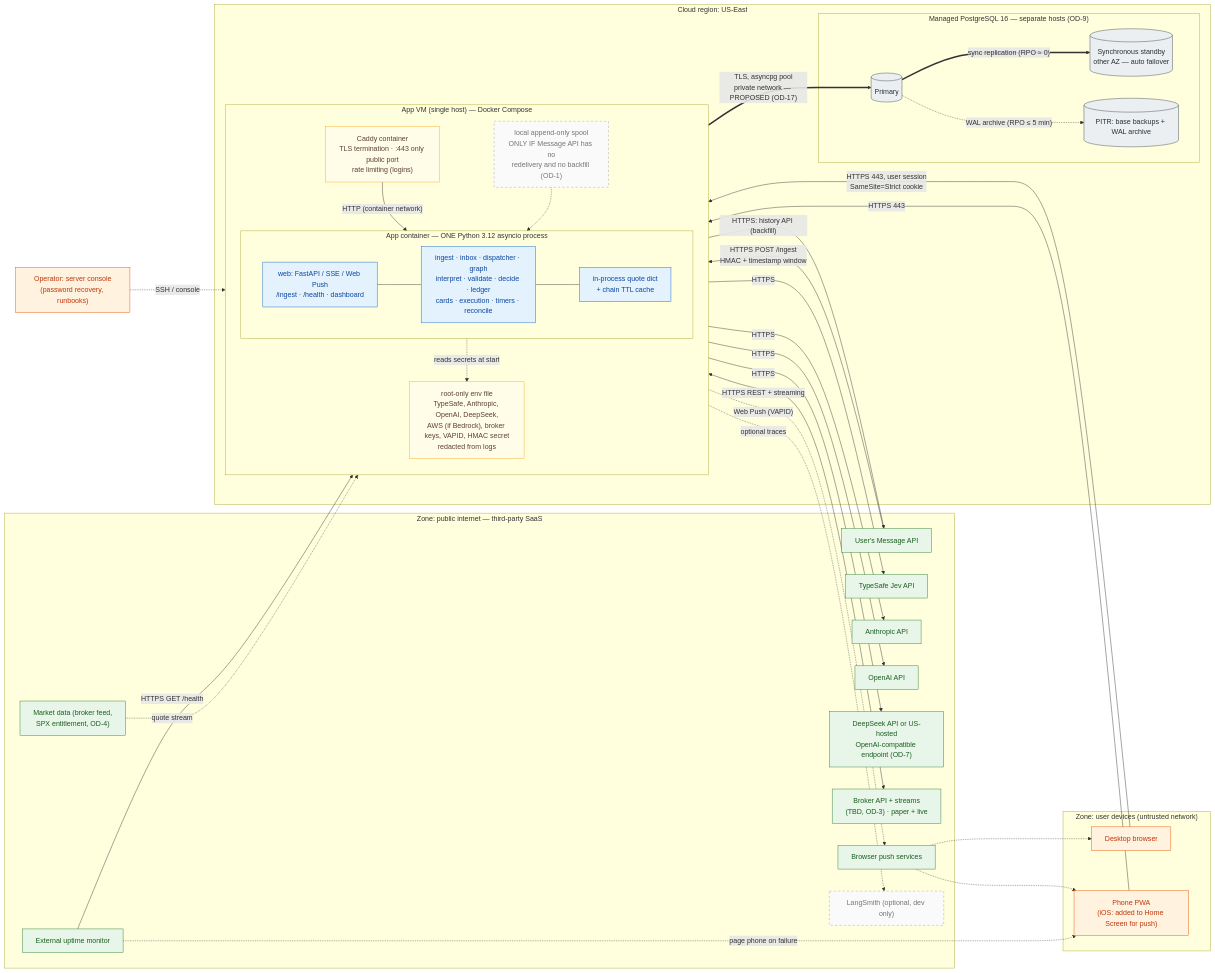
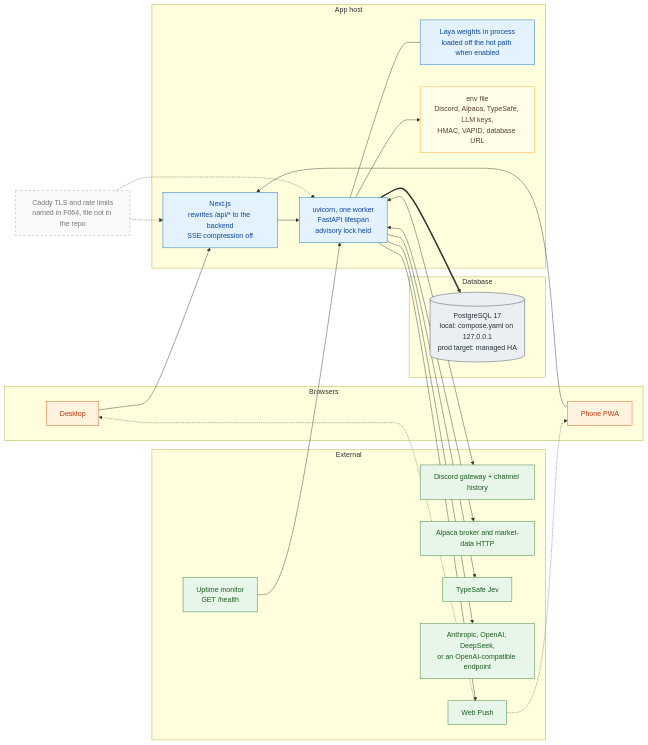
Before and after one commit to idolrun/trading-agent: the diagram in docs/diagrams/08-deployment.md, drawn with Mermaid. The commit also changed other lines of this file and 131 other files, not shown here.

First line of the commit message:
docs: update architecture and data flow diagrams for clarity and consistency

````diff
--- a/docs/diagrams/08-deployment.md
+++ b/docs/diagrams/08-deployment.md
@@ -9,75 +9,53 @@
 ```mermaid
 flowchart LR
     classDef ext fill:#e8f5e9,stroke:#2e7d32,color:#1b5e20
     classDef code fill:#e3f2fd,stroke:#1565c0,color:#0d47a1
     classDef store fill:#eceff1,stroke:#37474f,color:#263238
     classDef human fill:#fff3e0,stroke:#e65100,color:#bf360c
     classDef sec fill:#fffde7,stroke:#f9a825,color:#5d4037
     classDef future fill:#fafafa,stroke:#9e9e9e,color:#757575,stroke-dasharray: 5 5
 
-    subgraph CLIENTS["Zone: user devices (untrusted network)"]
-        DESK["Desktop browser"]:::human
-        PHONE["Phone PWA<br/>(iOS: added to Home Screen for push)"]:::human
+    subgraph CLIENTS["Browsers"]
+        DESK["Desktop"]:::human
+        PHONE["Phone PWA"]:::human
     end
 
-    subgraph INTERNET["Zone: public internet — third-party SaaS"]
-        MAPI["User's Message API"]:::ext
-        JEV["TypeSafe Jev API"]:::ext
-        ANTH["Anthropic API"]:::ext
-        OAI["OpenAI API"]:::ext
-        DSK["DeepSeek API or US-hosted<br/>OpenAI-compatible endpoint (OD-7)"]:::ext
-        BRK["Broker API + streams<br/>(TBD, OD-3) · paper + live"]:::ext
-        MDF["Market data (broker feed,<br/>SPX entitlement, OD-4)"]:::ext
-        PUSH["Browser push services"]:::ext
-        UPT["External uptime monitor"]:::ext
-        LSM["LangSmith (optional, dev only)"]:::future
+    subgraph APPHOST["App host"]
+        NEXT["Next.js<br/>rewrites /api/* to the backend<br/>SSE compression off"]:::code
+        API["uvicorn, one worker<br/>FastAPI lifespan<br/>advisory lock held"]:::code
+        LAYA["Laya weights in process<br/>loaded off the hot path when enabled"]:::code
+        ENV["env file<br/>Discord, Alpaca, TypeSafe, LLM keys,<br/>HMAC, VAPID, database URL"]:::sec
     end
 
-    subgraph REGION["Cloud region: US-East"]
-        subgraph VM["App VM (single host) — Docker Compose"]
-            direction TB
-            CADDY["Caddy container<br/>TLS termination · :443 only public port<br/>rate limiting (logins)"]:::sec
-            subgraph APPC["App container — ONE Python 3.12 asyncio process"]
-                direction LR
-                WEBM["web: FastAPI / SSE / Web Push<br/>/ingest · /health · dashboard"]:::code
-                CORE["ingest · inbox · dispatcher · graph<br/>interpret · validate · decide · ledger<br/>cards · execution · timers · reconcile"]:::code
-                CACHE["in-process quote dict<br/>+ chain TTL cache"]:::code
-            end
-            ENV["root-only env file<br/>TypeSafe, Anthropic, OpenAI, DeepSeek,<br/>AWS (if Bedrock), broker keys, VAPID, HMAC secret<br/>redacted from logs"]:::sec
-            SPOOL["local append-only spool<br/>ONLY IF Message API has no<br/>redelivery and no backfill (OD-1)"]:::future
-        end
-        subgraph PGHA["Managed PostgreSQL 16 — separate hosts (OD-9)"]
-            PRIM[("Primary")]:::store
-            STBY[("Synchronous standby<br/>other AZ — auto failover")]:::store
-            PITR[("PITR: base backups + WAL archive")]:::store
-        end
+    subgraph DATA["Database"]
+        PG[("PostgreSQL 17<br/>local: compose.yaml on 127.0.0.1<br/>prod target: managed HA")]:::store
     end
 
-    OPER["Operator: server console<br/>(password recovery, runbooks)"]:::human
+    subgraph SAAS["External"]
+        DC["Discord gateway + channel history"]:::ext
+        ALP["Alpaca broker and market-data HTTP"]:::ext
+        JEV["TypeSafe Jev"]:::ext
+        LLM["Anthropic, OpenAI, DeepSeek,<br/>or an OpenAI-compatible endpoint"]:::ext
+        PUSH["Web Push"]:::ext
+        UPT["Uptime monitor<br/>GET /health"]:::ext
+    end
 
-    DESK -->|"HTTPS 443, user session<br/>SameSite=Strict cookie"| CADDY
-    PHONE -->|"HTTPS 443"| CADDY
-    MAPI -->|"HTTPS POST /ingest<br/>HMAC + timestamp window"| CADDY
-    UPT -->|"HTTPS GET /health"| CADDY
-    CADDY -->|"HTTP (container network)"| WEBM
-    WEBM --- CORE
-    CORE --- CACHE
-    CORE -.->|"reads secrets at start"| ENV
-    CORE -->|"HTTPS: history API (backfill)"| MAPI
-    CORE -->|"HTTPS"| JEV
-    CORE -->|"HTTPS"| ANTH
-    CORE -->|"HTTPS"| OAI
-    CORE -->|"HTTPS"| DSK
-    CORE <-->|"HTTPS REST + streaming"| BRK
-    MDF -.->|"quote stream"| CACHE
-    WEBM -.->|"Web Push (VAPID)"| PUSH
+    CADDY["Caddy TLS and rate limits<br/>named in F064, file not in the repo"]:::future
+
+    DESK --> NEXT
+    PHONE --> NEXT
+    NEXT --> API
+    API --- LAYA
+    API --> ENV
+    API ==> PG
+    API <--> DC
+    API <--> ALP
+    API --> JEV
+    API --> LLM
+    API --> PUSH
     PUSH -.-> PHONE
     PUSH -.-> DESK
-    CORE ==>|"TLS, asyncpg pool<br/>private network — PROPOSED (OD-17)"| PRIM
-    PRIM ==>|"sync replication (RPO ≈ 0)"| STBY
-    PRIM -.->|"WAL archive (RPO ≤ 5 min)"| PITR
-    UPT -.->|"page phone on failure"| PHONE
-    OPER -.->|"SSH / console"| VM
-    CORE -.->|"optional traces"| LSM
-    SPOOL -.-> CORE
+    UPT --> API
+    CADDY -.-> NEXT
+    CADDY -.-> API
 ```
````
